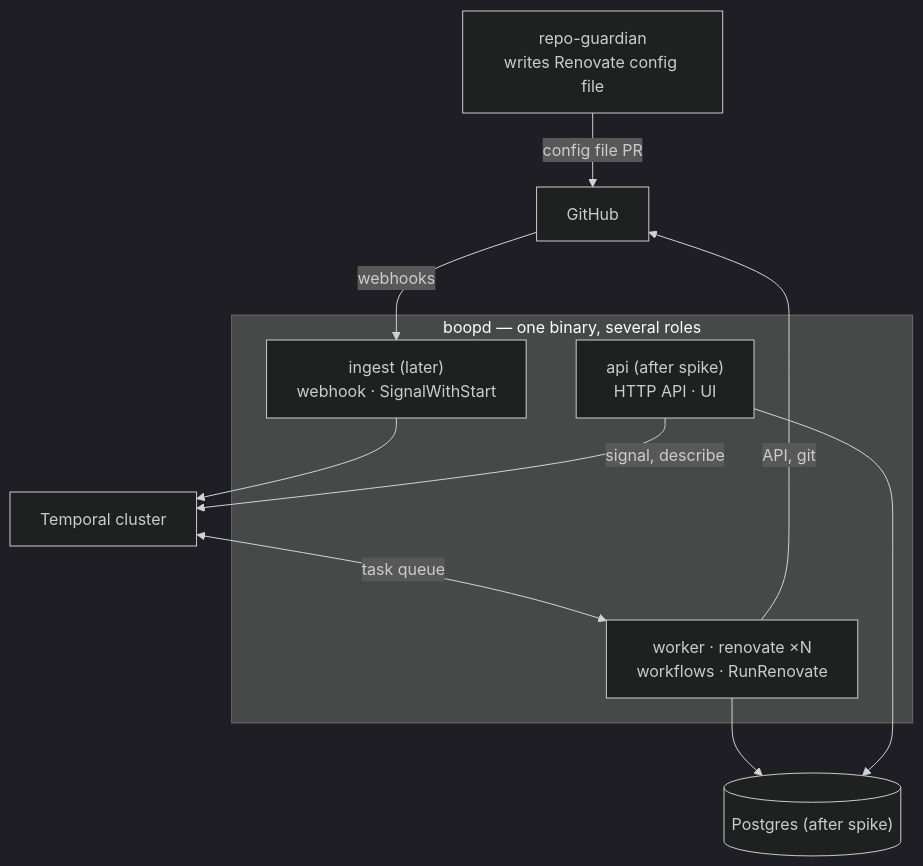
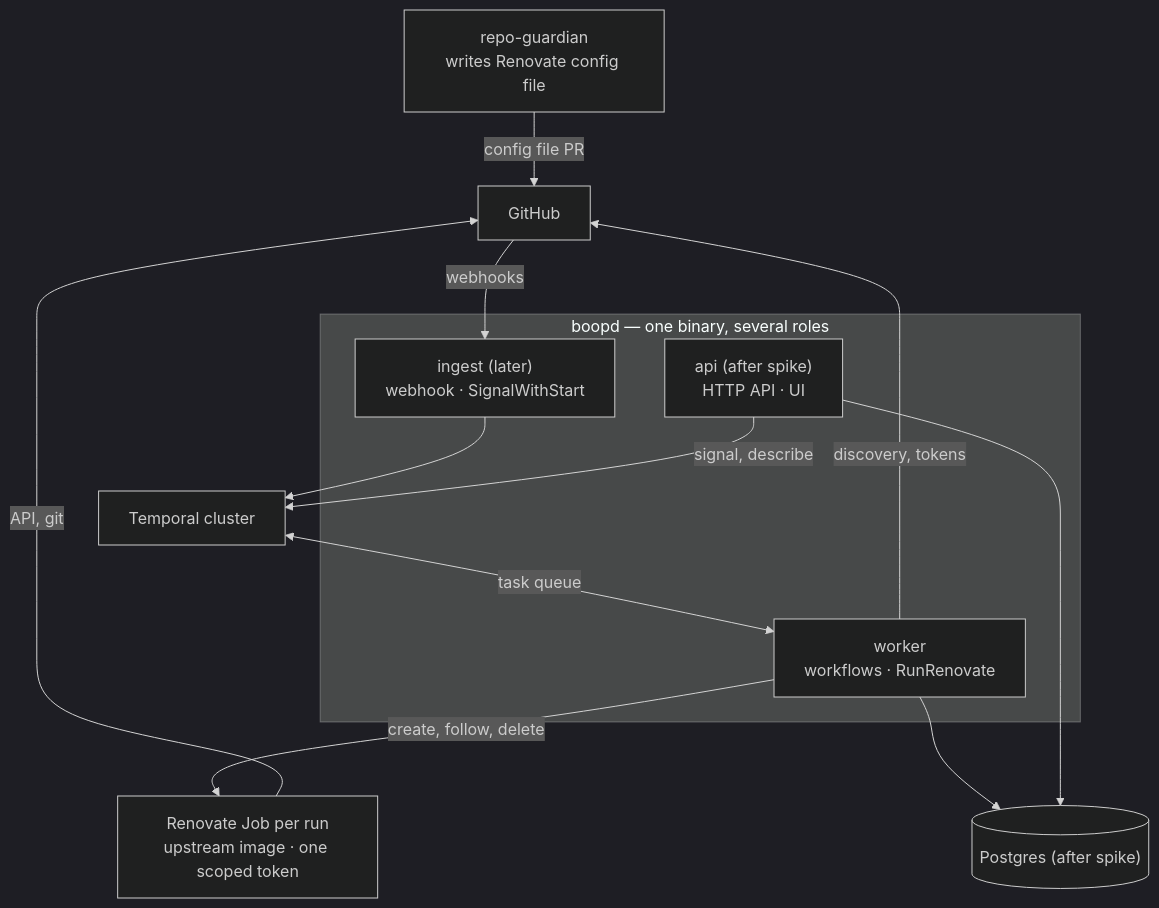
The diagram in docs/rfc/0001-boopd-run-renovate-per-repository-on-temporal.md (donaldgifford/boop), drawn with Mermaid (dark theme) before and after one commit. The commit also changed other lines of this file and 6 other files, not shown here.

First line of the commit message:
docs: ADR-0009 runs each Renovate run as a Kubernetes Job; rework DESIGN-0001 around it

````diff
--- a/docs/rfc/0001-boopd-run-renovate-per-repository-on-temporal.md
+++ b/docs/rfc/0001-boopd-run-renovate-per-repository-on-temporal.md
@@ -103,20 +104,23 @@
 ```mermaid
 flowchart TB
   P[GitHub]
   RG["repo-guardian<br/>writes Renovate config file"]
   subgraph RN["boopd — one binary, several roles"]
     API["api (after spike)<br/>HTTP API · UI"]
     ING["ingest (later)<br/>webhook · SignalWithStart"]
-    WRK["worker · renovate ×N<br/>workflows · RunRenovate"]
+    WRK["worker<br/>workflows · RunRenovate"]
   end
+  JOB["Renovate Job per run<br/>upstream image · one scoped token"]
   DB[("Postgres (after spike)")]
   TS["Temporal cluster"]
   RG -->|config file PR| P
   P -->|webhooks| ING
   ING --> TS
   TS <-->|task queue| WRK
-  WRK -->|API, git| P
+  WRK -->|create, follow, delete| JOB
+  JOB -->|API, git| P
+  WRK -->|discovery, tokens| P
   WRK --> DB
   API --> DB
   API -->|signal, describe| TS
 ```
````
